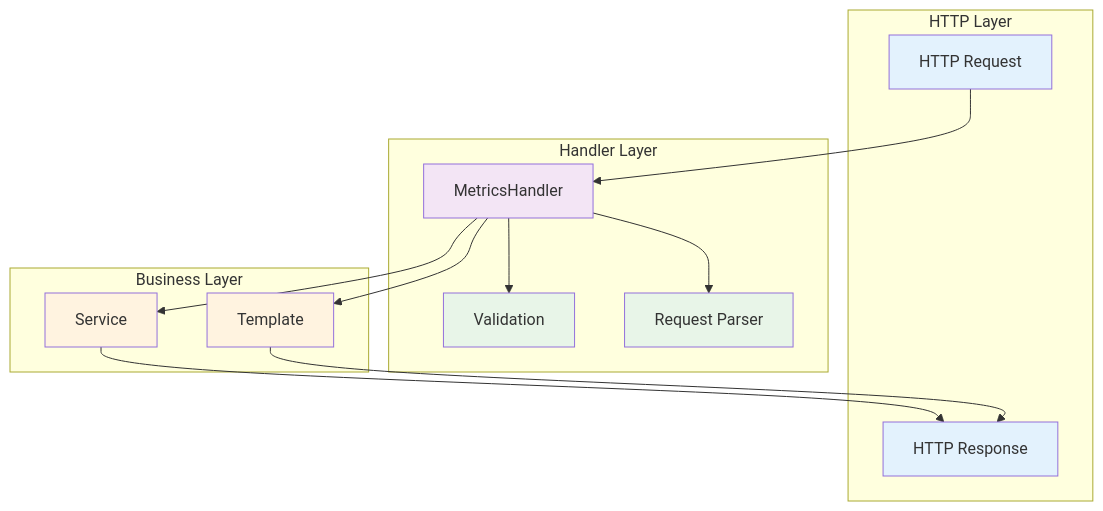
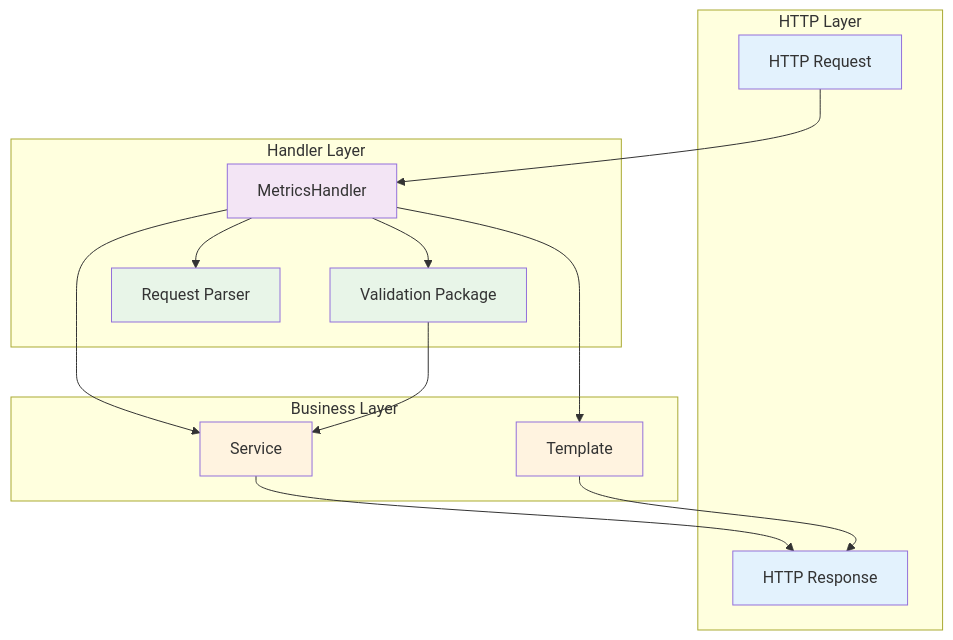
Before and after one commit to IgorKilipenko/metrical: the first of 2 diagrams in internal/handler/README.md, drawn with Mermaid. The commit also changed other lines of this file and 1 other file, not shown here.

Commit message:
docs: update README for HTTP handler and service validation integration

````diff
--- a/internal/handler/README.md
+++ b/internal/handler/README.md
@@ -15,34 +14,35 @@
 ```mermaid
 graph TB
     subgraph "HTTP Layer"
         REQ[HTTP Request]
         RESP[HTTP Response]
     end
     
     subgraph "Handler Layer"
         MH[MetricsHandler]
-        VAL[Validation]
+        VAL[Validation Package]
         PARSER[Request Parser]
     end
     
     subgraph "Business Layer"
         SERVICE[Service]
         TEMPLATE[Template]
     end
     
     REQ --> MH
     MH --> VAL
     MH --> PARSER
     MH --> SERVICE
     MH --> TEMPLATE
+    VAL --> SERVICE
     SERVICE --> RESP
     TEMPLATE --> RESP
     
     style REQ fill:#e3f2fd
     style RESP fill:#e3f2fd
     style MH fill:#f3e5f5
     style VAL fill:#e8f5e8
     style PARSER fill:#e8f5e8
     style SERVICE fill:#fff3e0
     style TEMPLATE fill:#fff3e0
 ```
````
